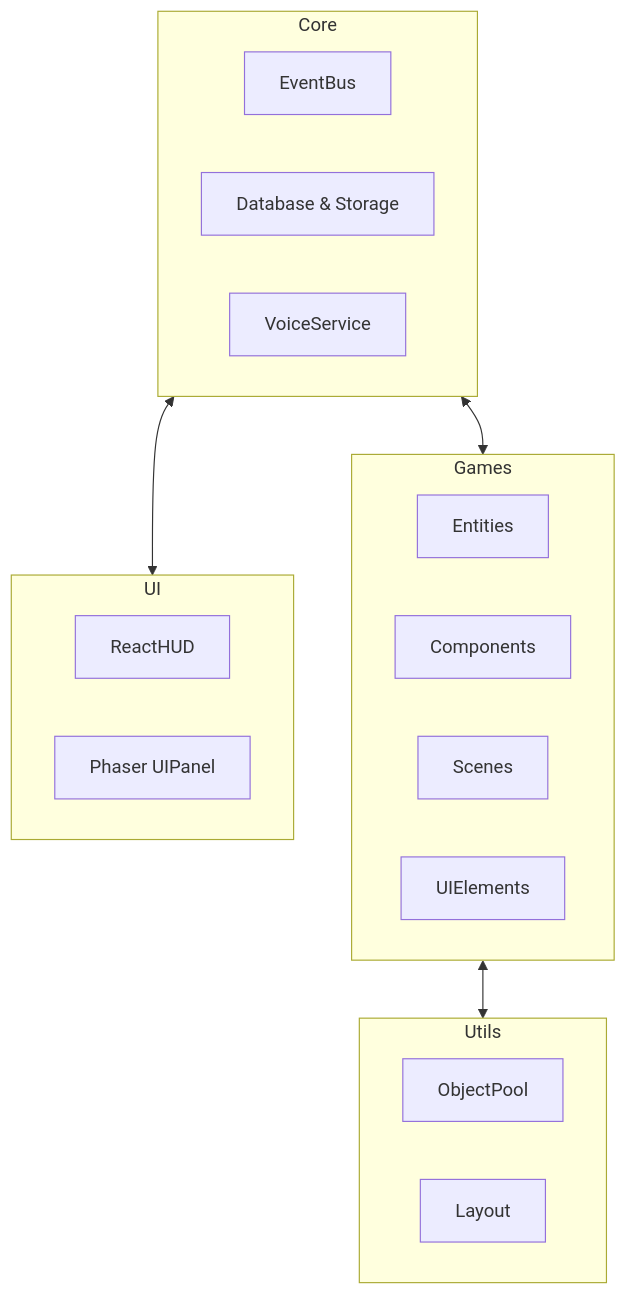
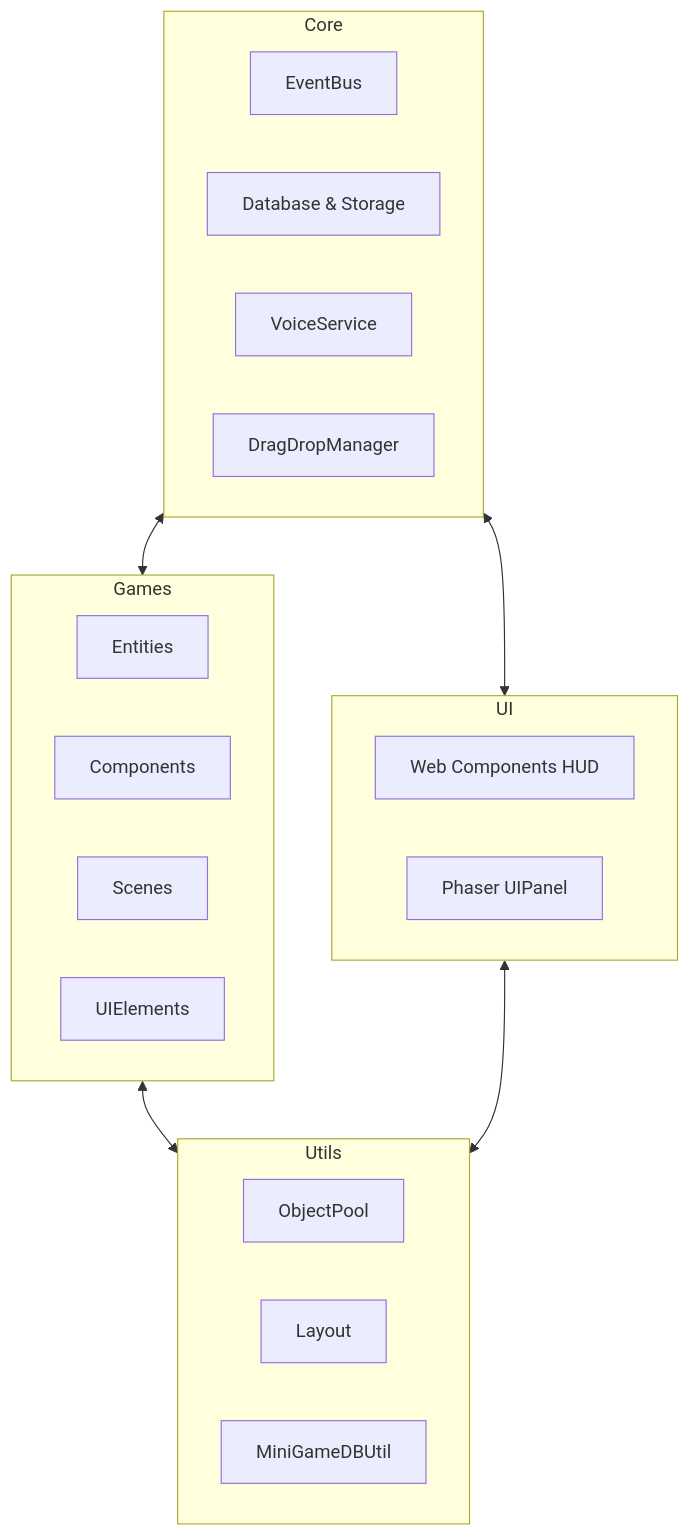
One commit to ChayutChanmueang/mci-cognitive-game-hub-dev-deploy changed the diagram in docs/software/01-system-design.md. Above: the diagram before and after it, drawn with Mermaid. The commit also changed other lines of this file and 4 other files, not shown here.

Commit message:
docs: add technical documentation, system design, data schema, and game class diagrams

````diff
--- a/docs/software/01-system-design.md
+++ b/docs/software/01-system-design.md
@@ -5,29 +5,32 @@
 ```mermaid
 graph TD
     subgraph Core
         EventBus
         DB[Database & Storage]
         Voice[VoiceService]
+        DDM[DragDropManager]
     end
 
     subgraph Games
         Entities
         Components
         Scenes
         UIElements
     end
 
     subgraph UI
-        ReactHUD
+        WebHUD[Web Components HUD]
         PhaserUI[Phaser UIPanel]
     end
 
     subgraph Utils
         ObjectPool
         Layout
+        DBUtil[MiniGameDBUtil]
     end
 
     Core <--> Games
     Core <--> UI
     Games <--> Utils
+    UI <--> Utils
 ```
````
